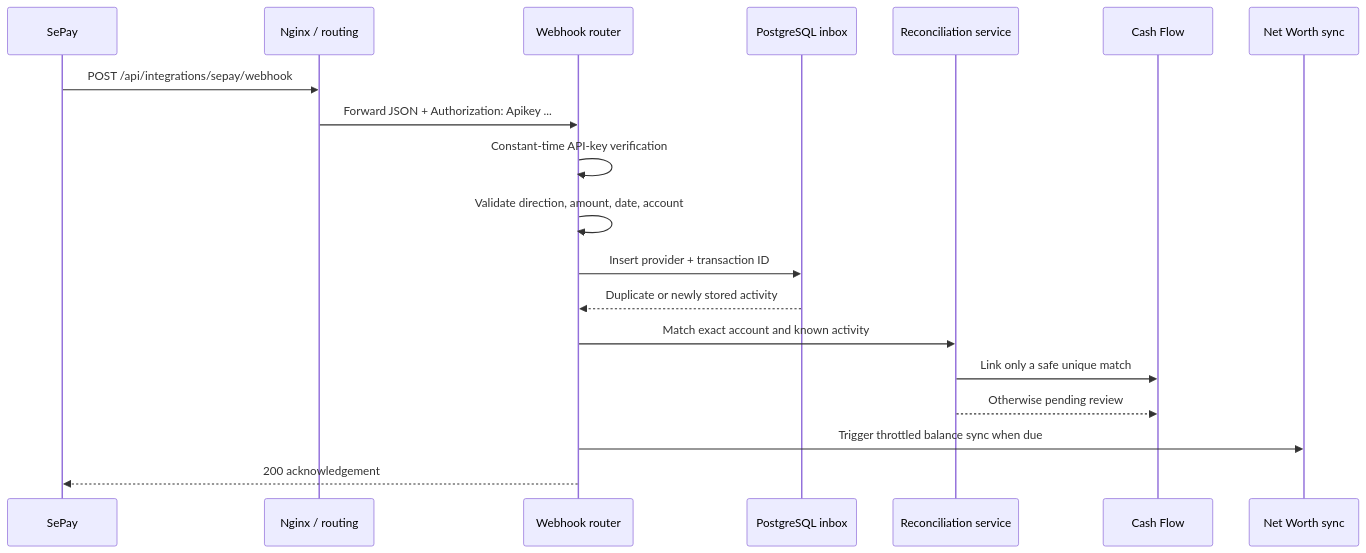
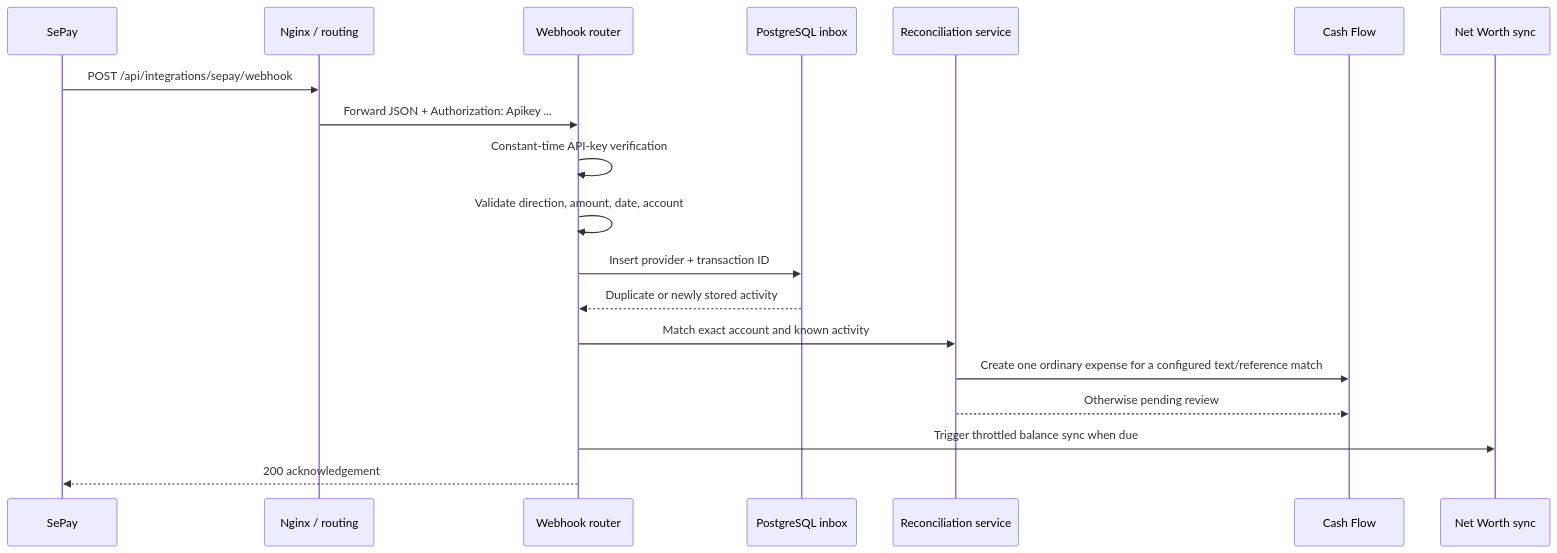
Before and after one commit to st-mich43l/apexvoid-ledger: the sixth of 10 diagrams in docs/ARCHITECTURE.md, drawn with Mermaid. The commit also changed other lines of this file and 16 other files, not shown here.

````diff
--- a/docs/ARCHITECTURE.md
+++ b/docs/ARCHITECTURE.md
@@ -236,22 +236,22 @@
 ```mermaid
 sequenceDiagram
     participant SePay
     participant Proxy as Nginx / routing
     participant API as Webhook router
     participant Inbox as PostgreSQL inbox
     participant Match as Reconciliation service
     participant Cash as Cash Flow
     participant Net as Net Worth sync
 
     SePay->>Proxy: POST /api/integrations/sepay/webhook
     Proxy->>API: Forward JSON + Authorization: Apikey ...
     API->>API: Constant-time API-key verification
     API->>API: Validate direction, amount, date, account
     API->>Inbox: Insert provider + transaction ID
     Inbox-->>API: Duplicate or newly stored activity
     API->>Match: Match exact account and known activity
-    Match->>Cash: Link only a safe unique match
+    Match->>Cash: Create one ordinary expense for a configured text/reference match
     Match-->>Cash: Otherwise pending review
     API->>Net: Trigger throttled balance sync when due
     API-->>SePay: 200 acknowledgement
 ```
````
